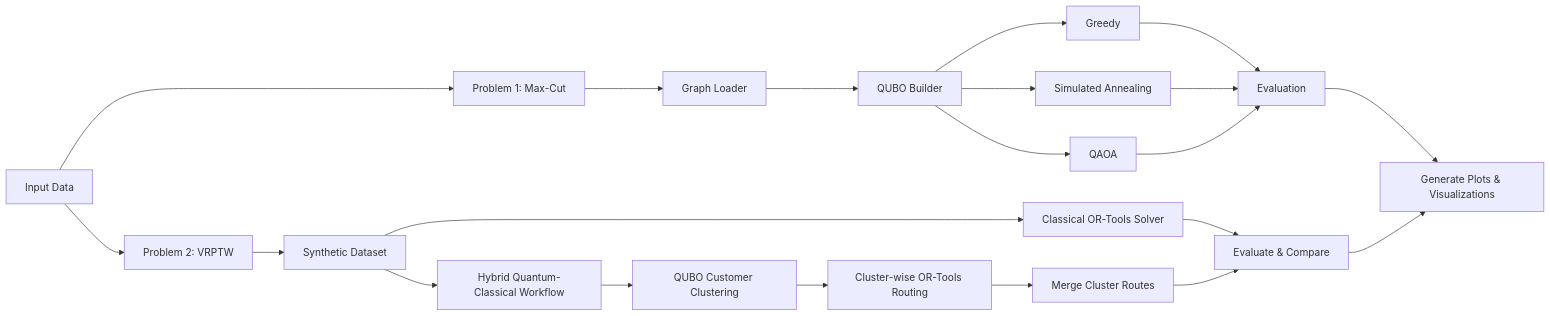
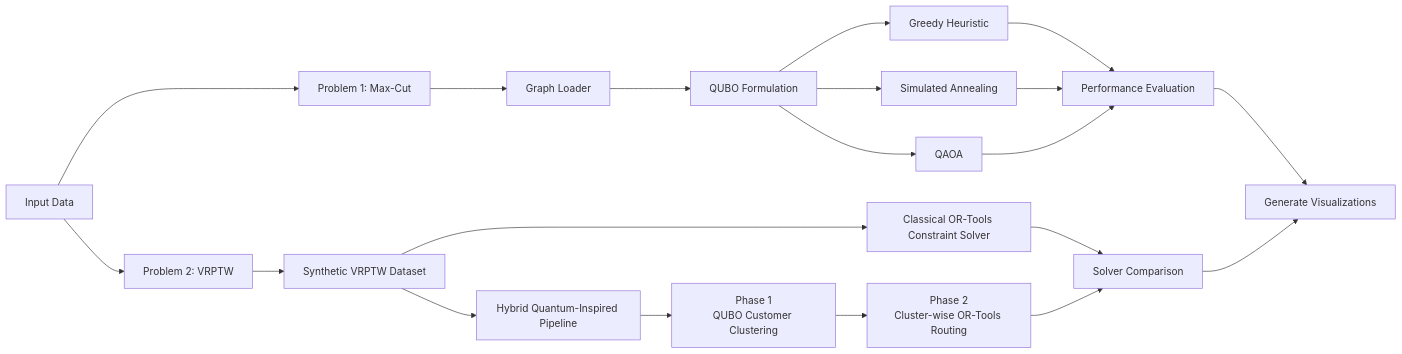
The first of 3 diagrams in README.md (Prashik123/Qaig_optimization_screening), drawn with Mermaid before and after one commit.

````diff
--- a/README.md
+++ b/README.md
@@ -60,40 +60,37 @@
 ```mermaid
 flowchart LR
 
 A[Input Data]
 
 A --> B1[Problem 1: Max-Cut]
 A --> B2[Problem 2: VRPTW]
 
-
+%% ---------------- Max-Cut ----------------
 
 B1 --> C1[Graph Loader]
-C1 --> D1[QUBO Builder]
+C1 --> D1[QUBO Formulation]
 
-D1 --> E1[Greedy]
-D1 --> E3[Simulated Annealing]
-D1 --> E4[QAOA]
+D1 --> E1[Greedy Heuristic]
+D1 --> E2[Simulated Annealing]
+D1 --> E3[QAOA]
 
-E1 --> F1[Evaluation]
+E1 --> F1[Performance Evaluation]
+E2 --> F1
 E3 --> F1
-E4 --> F1
 
+%% ---------------- VRPTW ----------------
 
+B2 --> C2[Synthetic VRPTW Dataset]
 
-B2 --> C2[Synthetic Dataset]
+C2 --> D2[Classical OR-Tools Constraint Solver]
+C2 --> D3[Hybrid Quantum-Inspired Pipeline]
 
-C2 --> D2[Classical OR-Tools Solver]
-C2 --> D3[Hybrid Quantum-Classical Workflow]
+D3 --> E4[Phase 1<br/>QUBO Customer Clustering]
+E4 --> E5[Phase 2<br/>Cluster-wise OR-Tools Routing]
 
-D3 --> E5[QUBO Customer Clustering]
-E5 --> E6[Cluster-wise OR-Tools Routing]
-E6 --> E7[Merge Cluster Routes]
+D2 --> F2[Solver Comparison]
+E5 --> F2
 
-D2 --> F2[Evaluate & Compare]
-E7 --> F2
-
-
-
-F1 --> G[Generate Plots & Visualizations]
+F1 --> G[Generate Visualizations]
 F2 --> G
 ```
````
